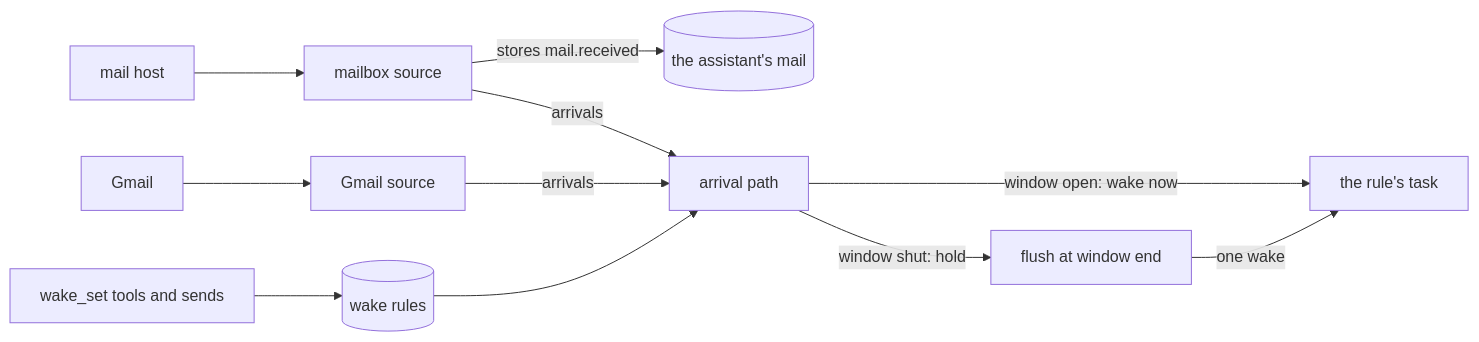
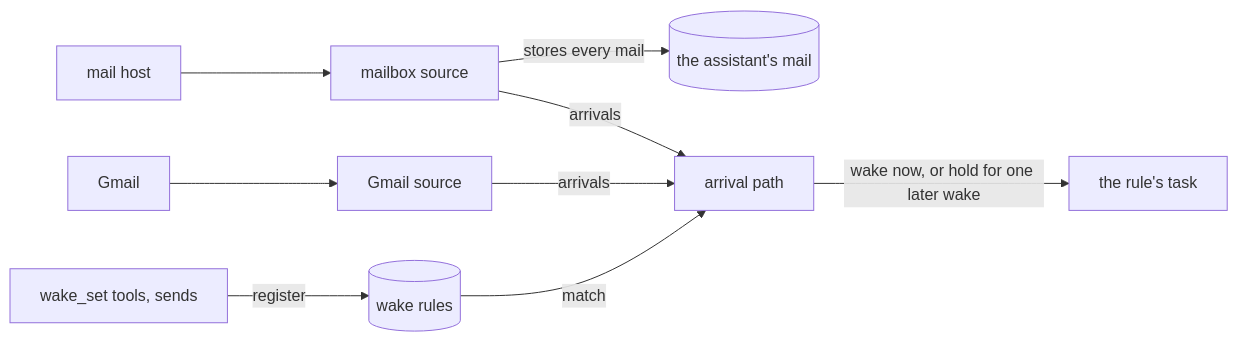
The diagram in docs/design/queue/mail/README.md (zgeoff/nixie), drawn with Mermaid before and after one commit. The commit also changed other lines of this file and 3 other files, not shown here.

````diff
--- a/docs/design/queue/mail/README.md
+++ b/docs/design/queue/mail/README.md
@@ -21,13 +21,11 @@
 ```mermaid
 flowchart LR
   host[mail host] --> own[mailbox source]
-  own -->|"stores mail.received"| store[(the assistant's mail)]
+  own -->|"stores every mail"| store[(the assistant's mail)]
   google[Gmail] --> gsrc[Gmail source]
   own -->|"arrivals"| core[arrival path]
   gsrc -->|"arrivals"| core
-  tools["wake_set tools and sends"] --> rules[(wake rules)]
-  rules --> core
-  core -->|"window open: wake now"| task[the rule's task]
-  core -->|"window shut: hold"| flush[flush at window end]
-  flush -->|"one wake"| task
+  tools["wake_set tools, sends"] -->|"register"| rules[(wake rules)]
+  rules -->|"match"| core
+  core -->|"wake now, or hold for one later wake"| task[the rule's task]
 ```
````
